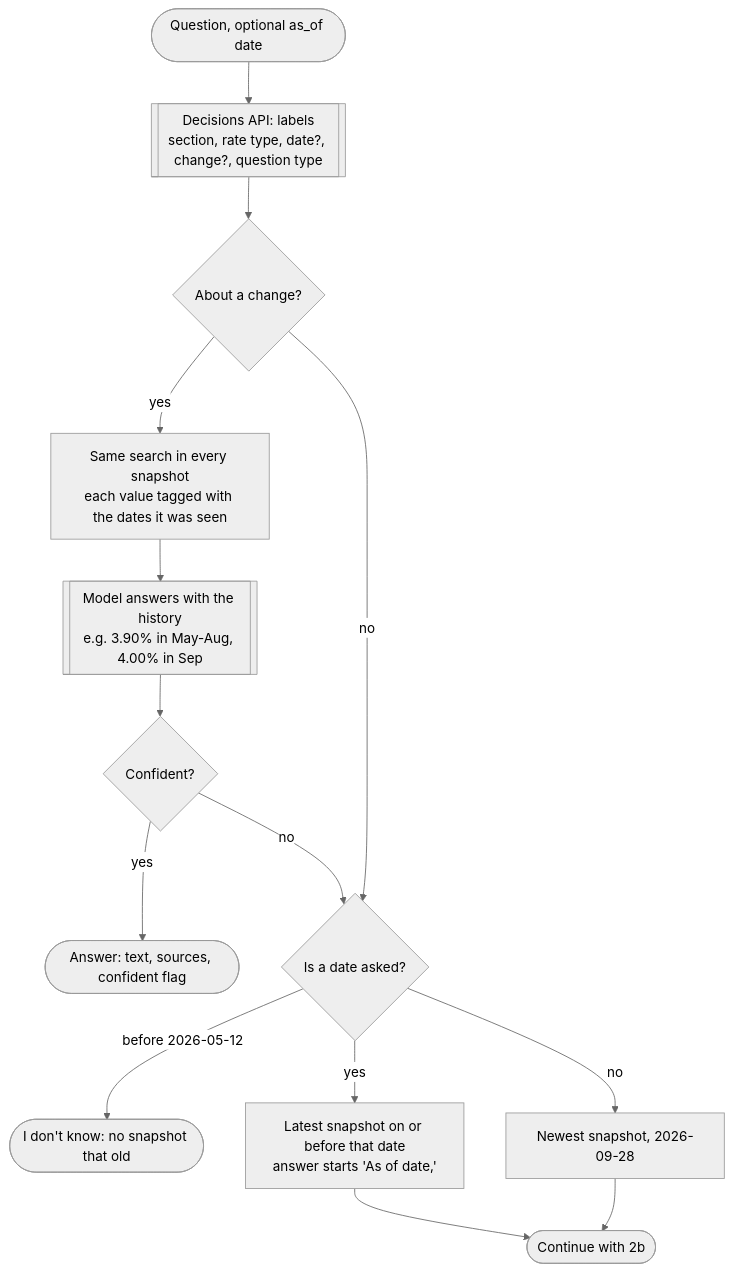
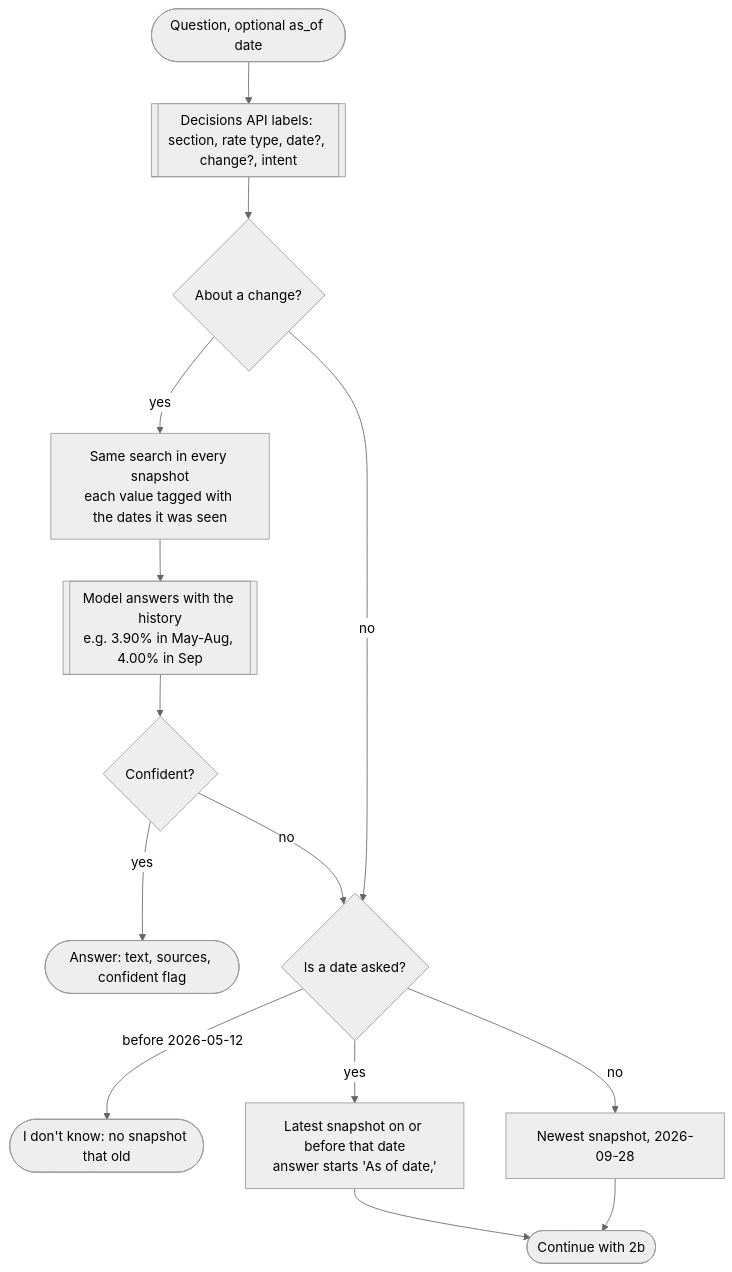
One commit to ajayp/interface-submission changed the second of 4 diagrams in workflow.md. Above: the diagram before and after it, drawn with Mermaid (neutral theme). The commit also changed other lines of this file and 6 other files, not shown here.

````diff
--- a/workflow.md
+++ b/workflow.md
@@ -38,16 +49,16 @@
 ```mermaid
 flowchart TD
-    Q([Question, optional as_of date]) --> LAB[[Decisions API: labels<br/>section, rate type, date?, change?, question type]]
+    Q([Question, optional as_of date]) --> LAB[[Decisions API labels: section, rate type, date?, change?, intent]]
     LAB --> CHG{About a change?}
     CHG -- yes --> HIST[Same search in every snapshot<br/>each value tagged with the dates it was seen]
     HIST --> HANS[[Model answers with the history<br/>e.g. 3.90% in May-Aug, 4.00% in Sep]]
     HANS --> HOK{Confident?}
     HOK -- yes --> OUT([Answer: text, sources, confident flag])
     HOK -- no --> DATE
     CHG -- no --> DATE{Is a date asked?}
     DATE -- before 2026-05-12 --> IDK1([I don't know: no snapshot that old])
     DATE -- yes --> PAST[Latest snapshot on or before that date<br/>answer starts 'As of date,']
     DATE -- no --> NEW[Newest snapshot, 2026-09-28]
     PAST --> NEXT([Continue with 2b])
     NEW --> NEXT
 ```
````
